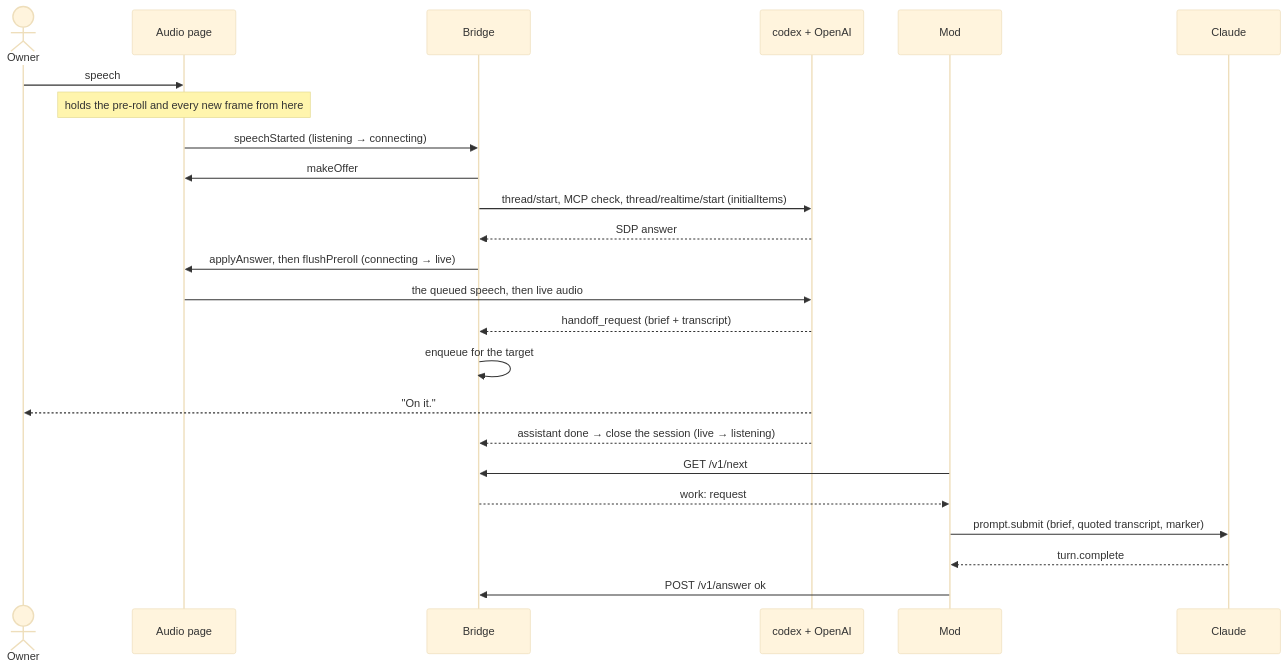
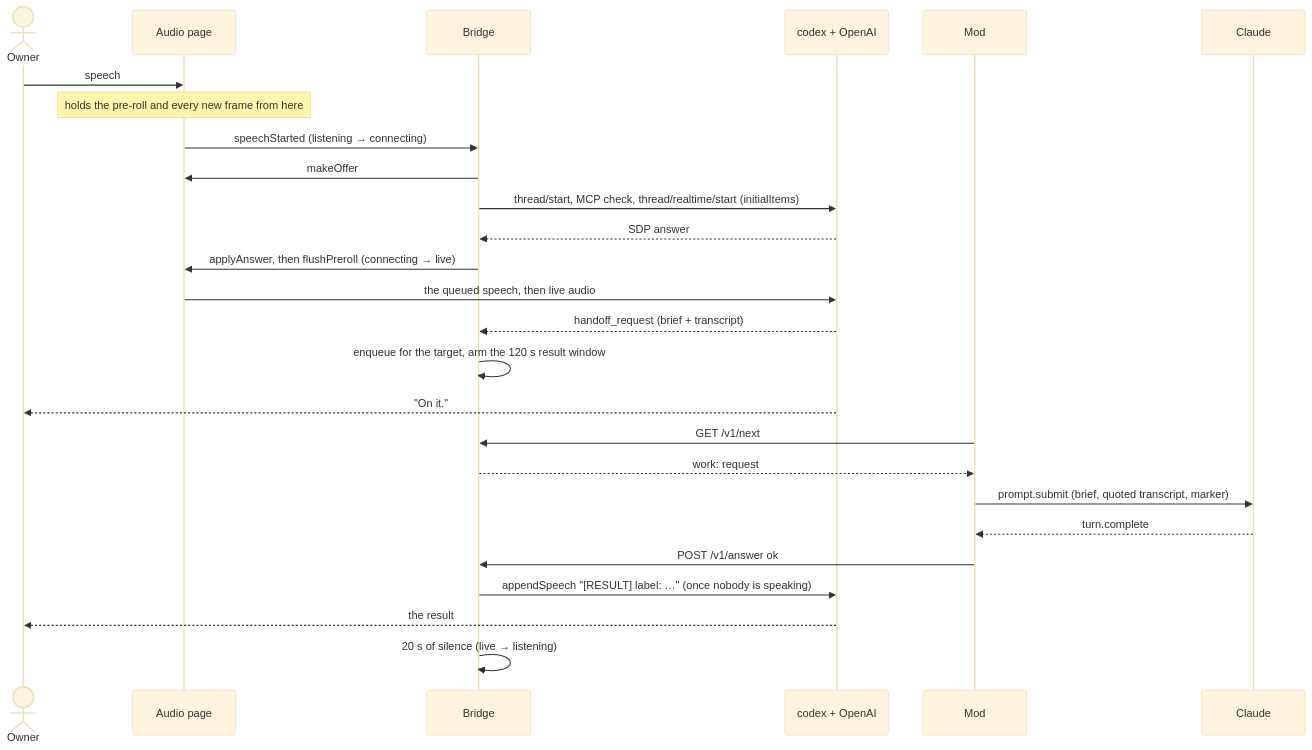
One commit to Nezhinskiy/claude-gpt-live-bridge changed the second of 7 diagrams in docs/architecture/overview.md. Above: the diagram before and after it, drawn with Mermaid (base theme). The commit also changed other lines of this file and 11 other files, not shown here.

````diff
--- a/docs/architecture/overview.md
+++ b/docs/architecture/overview.md
@@ -119,26 +128,28 @@
 ```mermaid
 sequenceDiagram
   actor Owner
   participant Page as Audio page
   participant Bridge
   participant Codex as codex + OpenAI
   participant Mod
   participant Claude
   Owner->>Page: speech
   Note over Page: holds the pre-roll and every new frame from here
   Page->>Bridge: speechStarted (listening → connecting)
   Bridge->>Page: makeOffer
   Bridge->>Codex: thread/start, MCP check, thread/realtime/start (initialItems)
   Codex-->>Bridge: SDP answer
   Bridge->>Page: applyAnswer, then flushPreroll (connecting → live)
   Page->>Codex: the queued speech, then live audio
   Codex-->>Bridge: handoff_request (brief + transcript)
-  Bridge->>Bridge: enqueue for the target
+  Bridge->>Bridge: enqueue for the target, arm the 120 s result window
   Codex-->>Owner: "On it."
-  Codex-->>Bridge: assistant done → close the session (live → listening)
   Mod->>Bridge: GET /v1/next
   Bridge-->>Mod: work: request
   Mod->>Claude: prompt.submit (brief, quoted transcript, marker)
   Claude-->>Mod: turn.complete
   Mod->>Bridge: POST /v1/answer ok
+  Bridge->>Codex: appendSpeech "[RESULT] label: …" (once nobody is speaking)
+  Codex-->>Owner: the result
+  Bridge->>Bridge: 20 s of silence (live → listening)
 ```
````
